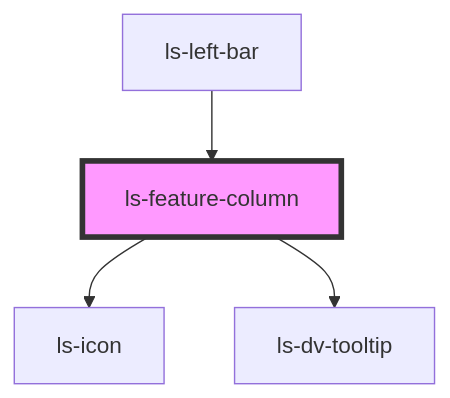
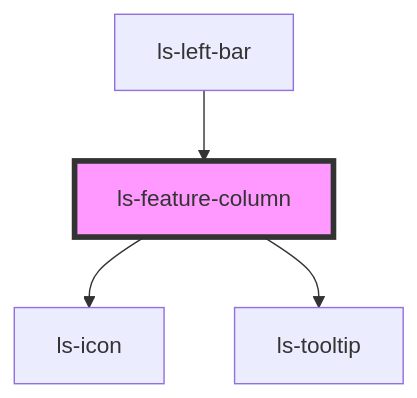
Before and after one commit to legalesign/ls-document-viewer: the diagram in src/components/ls-feature-column/readme.md, drawn with Mermaid. The commit also changed other lines of this file and 52 other files, not shown here.

````diff
--- a/src/components/ls-feature-column/readme.md
+++ b/src/components/ls-feature-column/readme.md
@@ -35,7 +35,7 @@
 ```mermaid
 graph TD;
   ls-feature-column --> ls-icon
-  ls-feature-column --> ls-dv-tooltip
+  ls-feature-column --> ls-tooltip
   ls-left-bar --> ls-feature-column
   style ls-feature-column fill:#f9f,stroke:#333,stroke-width:4px
 ```
````
